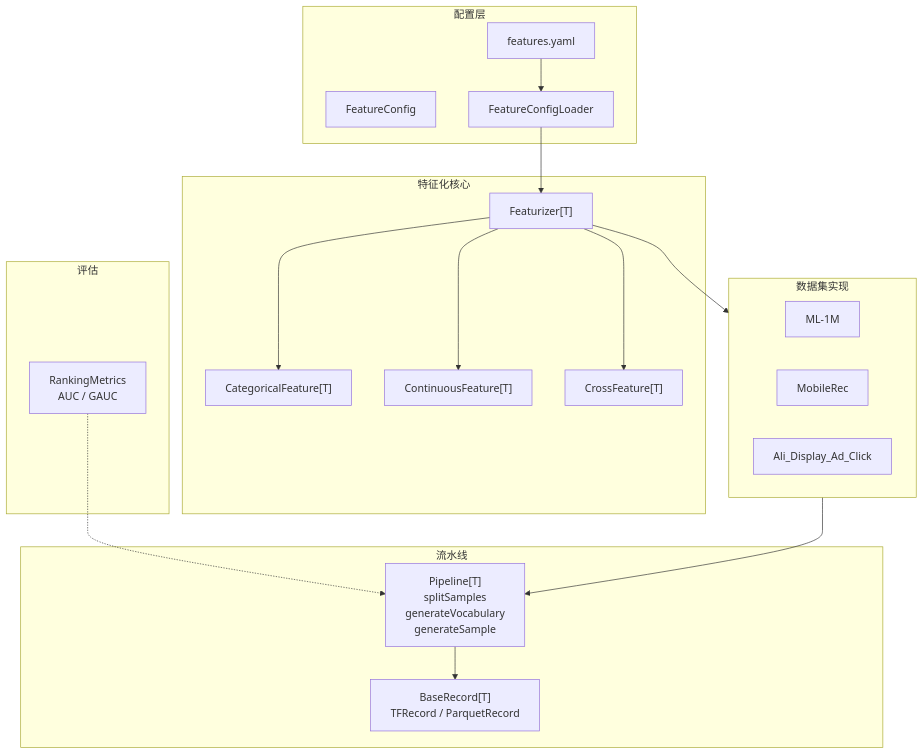
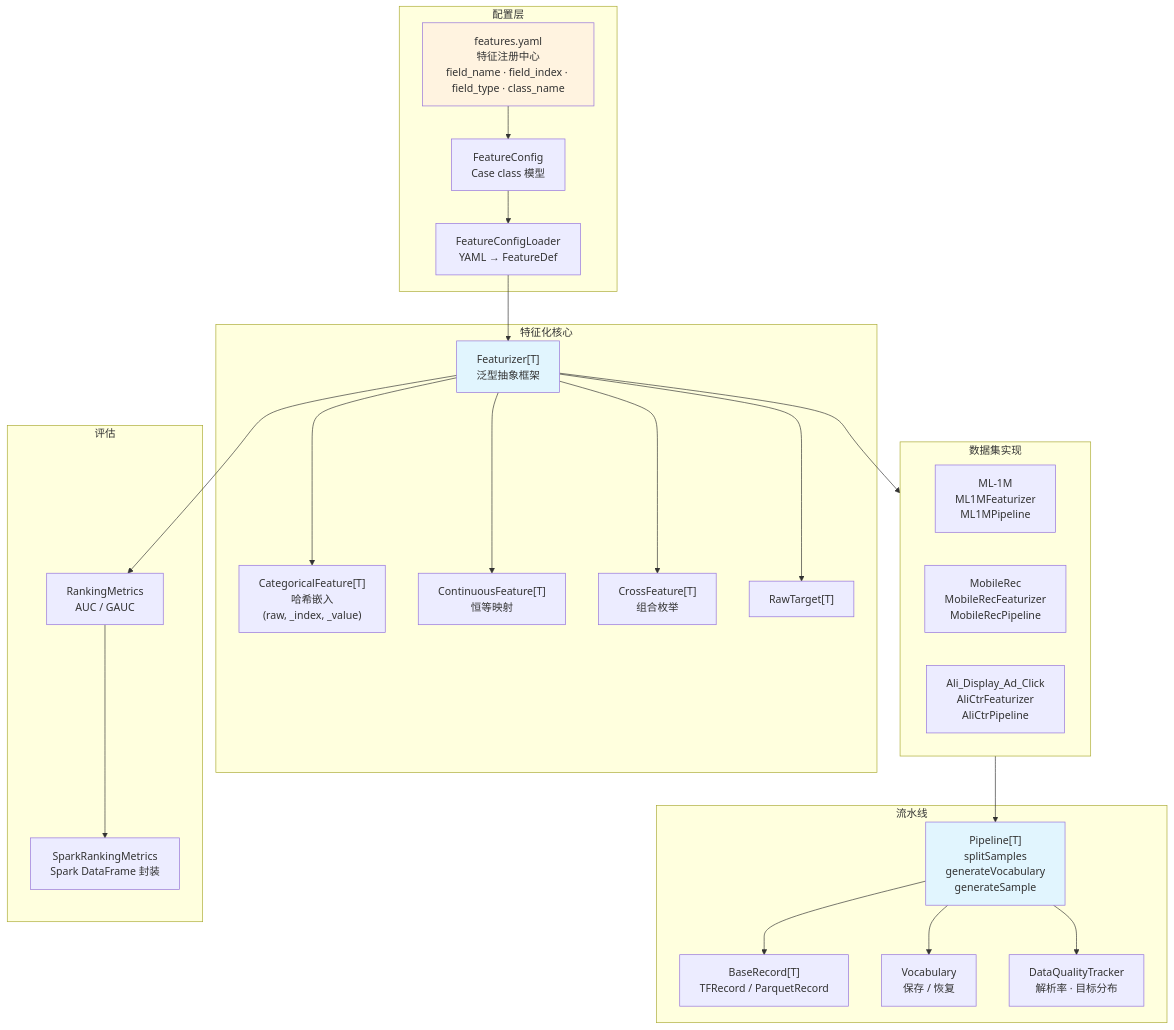
The second of 2 diagrams in README_CH.md (shardzhang/gerbil-data), drawn with Mermaid before and after one commit. The commit also changed other lines of this file and 2 other files, not shown here.

Commit message:
refactor: convert TargetType/SplitType to sealed trait enum, align README_CH with README

````diff
--- a/README_CH.md
+++ b/README_CH.md
@@ -137,37 +155,45 @@
 ```mermaid
 flowchart TD
     subgraph Config["配置层"]
-        YAML["features.yaml"]
-        FC["FeatureConfig"]
-        CL["FeatureConfigLoader"]
+        YAML["features.yaml<br/>特征注册中心<br/>field_name · field_index · field_type · class_name"]
+        FC["FeatureConfig<br/>Case class 模型"]
+        CL["FeatureConfigLoader<br/>YAML → FeatureDef"]
     end
 
     subgraph Core["特征化核心"]
-        FE["Featurizer[T]"]
-        CF["CategoricalFeature[T]"]
-        COF["ContinuousFeature[T]"]
-        XF["CrossFeature[T]"]
+        FE["Featurizer[T]<br/>泛型抽象框架"]
+        CF["CategoricalFeature[T]<br/>哈希嵌入<br/>(raw, _index, _value)"]
+        COF["ContinuousFeature[T]<br/>恒等映射"]
+        XF["CrossFeature[T]<br/>组合枚举"]
+        RT["RawTarget[T]"]
     end
 
     subgraph DS["数据集实现"]
-        M1["ML-1M"]
-        MR["MobileRec"]
-        AL["Ali_Display_Ad_Click"]
+        M1["ML-1M<br/>ML1MFeaturizer<br/>ML1MPipeline"]
+        MR["MobileRec<br/>MobileRecFeaturizer<br/>MobileRecPipeline"]
+        AL["Ali_Display_Ad_Click<br/>AliCtrFeaturizer<br/>AliCtrPipeline"]
     end
 
     subgraph Pipe["流水线"]
         PL["Pipeline[T]<br/>splitSamples<br/>generateVocabulary<br/>generateSample"]
         BR["BaseRecord[T]<br/>TFRecord / ParquetRecord"]
+        VS["Vocabulary<br/>保存 / 恢复"]
+        QT["DataQualityTracker<br/>解析率 · 目标分布"]
     end
 
     subgraph Eval["评估"]
         RM["RankingMetrics<br/>AUC / GAUC"]
+        SR["SparkRankingMetrics<br/>Spark DataFrame 封装"]
     end
 
-    YAML --> CL --> FE
-    FE --> CF & COF & XF
+    YAML --> FC --> CL --> FE
+    FE --> CF & COF & XF & RT
     FE --> DS
     DS --> PL
-    PL --> BR
-    RM -.-> PL
+    PL --> BR & VS & QT
+    FE --> RM --> SR
+
+    style FE fill:#e1f5fe
+    style PL fill:#e1f5fe
+    style YAML fill:#fff3e0
 ```
````
